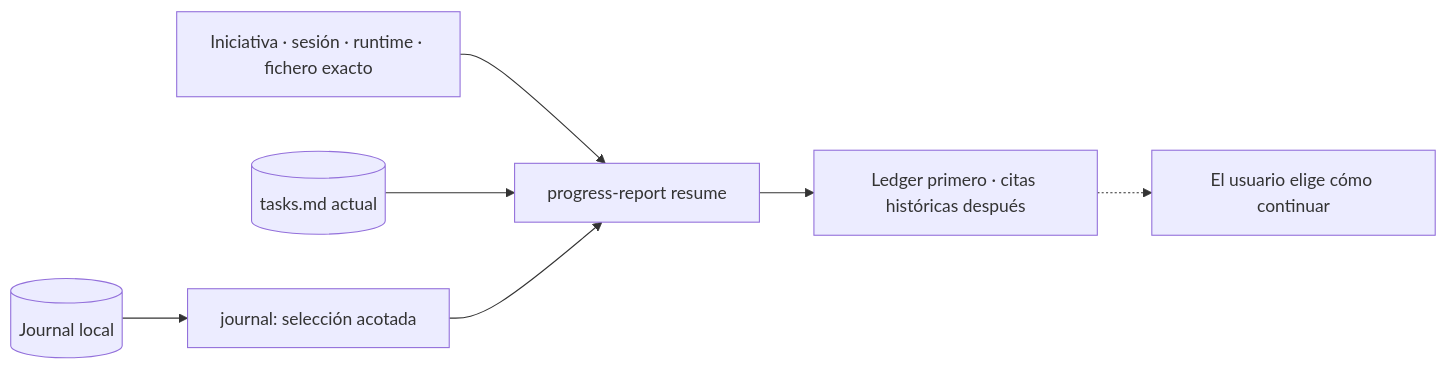
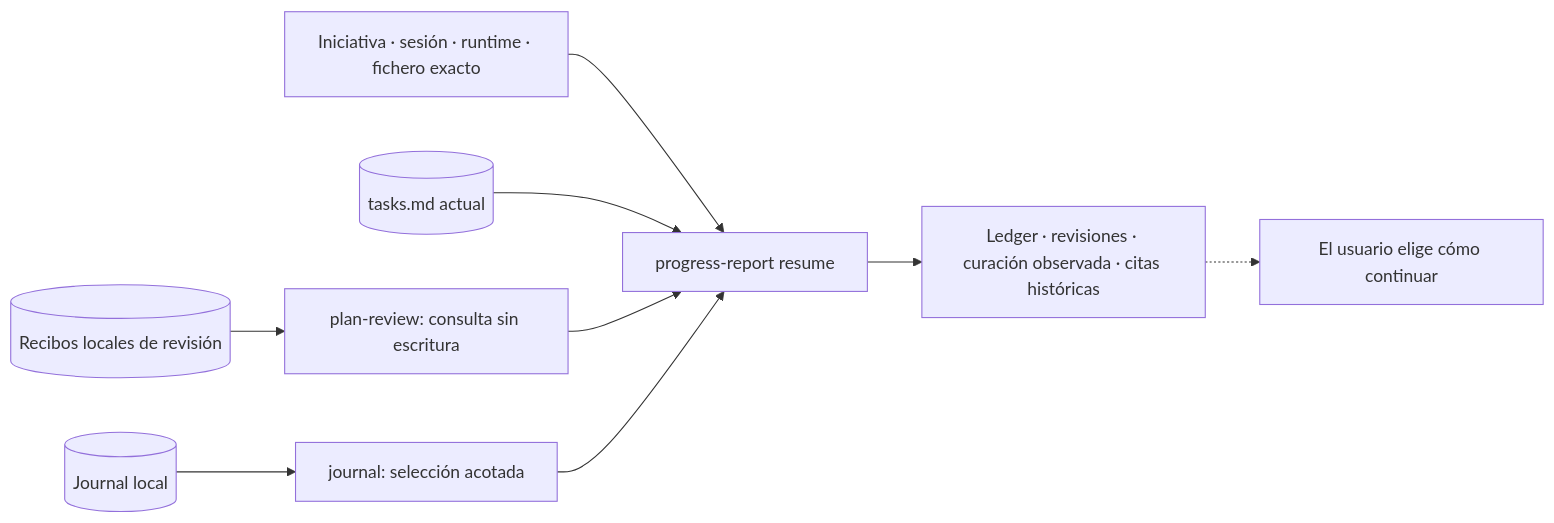
Before and after one commit to daycry/custom-agents: the sixth of 24 diagrams in docs/FLOWS.md, drawn with Mermaid. The commit also changed other lines of this file and 106 other files, not shown here.

````diff
--- a/docs/FLOWS.md
+++ b/docs/FLOWS.md
@@ -114,9 +142,11 @@
 ```mermaid
 flowchart LR
   Selector[Iniciativa · sesión · runtime · fichero exacto] --> Resume[progress-report resume]
   Tasks[(tasks.md actual)] --> Resume
+  Reviews[(Recibos locales de revisión)] --> Observe[plan-review: consulta sin escritura]
+  Observe --> Resume
   Journal[(Journal local)] --> Select[journal: selección acotada]
   Select --> Resume
-  Resume --> View[Ledger primero · citas históricas después]
+  Resume --> View[Ledger · revisiones · curación observada · citas históricas]
   View -.-> Decision[El usuario elige cómo continuar]
 ```
````
